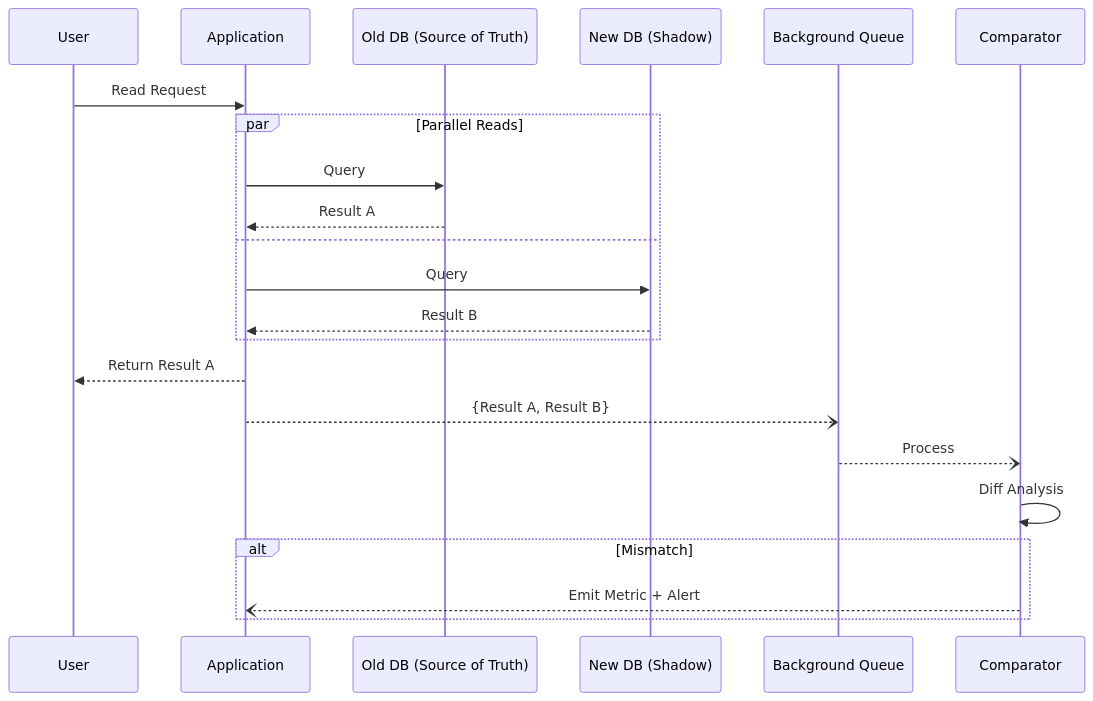
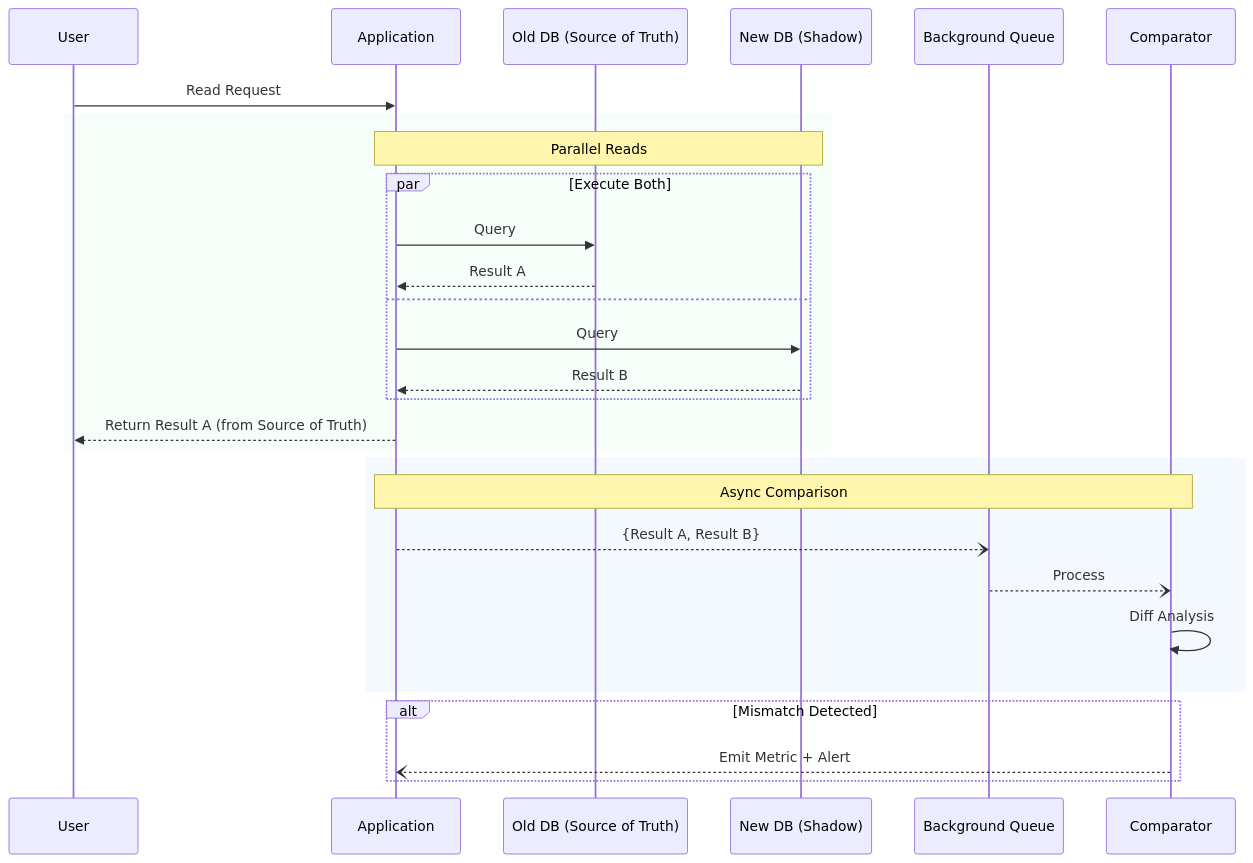
The third of 5 diagrams in gemini-responses/dual-write-dual-read-pattern-20260120-0919.md (udaytamma/Cyrus), drawn with Mermaid before and after one commit. The commit also changed other lines of this file and 28 other files, not shown here.

First line of the commit message:
Upgrade Knowledge Base Mermaid diagrams to professional styling

````diff
--- a/gemini-responses/dual-write-dual-read-pattern-20260120-0919.md
+++ b/gemini-responses/dual-write-dual-read-pattern-20260120-0919.md
@@ -222,27 +244,34 @@
 ```mermaid
 sequenceDiagram
     participant User
     participant App as Application
     participant Old as Old DB (Source of Truth)
     participant New as New DB (Shadow)
     participant Queue as Background Queue
     participant Comp as Comparator
 
     User->>App: Read Request
-    par Parallel Reads
-        App->>Old: Query
-        Old-->>App: Result A
-    and
-        App->>New: Query
-        New-->>App: Result B
+
+    rect rgba(220,252,231,0.3)
+        Note over App,New: Parallel Reads
+        par Execute Both
+            App->>Old: Query
+            Old-->>App: Result A
+        and
+            App->>New: Query
+            New-->>App: Result B
+        end
+        App-->>User: Return Result A (from Source of Truth)
     end
-    App-->>User: Return Result A
 
-    App--)Queue: {Result A, Result B}
-    Queue--)Comp: Process
-    Comp->>Comp: Diff Analysis
+    rect rgba(219,234,254,0.3)
+        Note over App,Comp: Async Comparison
+        App--)Queue: {Result A, Result B}
+        Queue--)Comp: Process
+        Comp->>Comp: Diff Analysis
+    end
 
-    alt Mismatch
+    alt Mismatch Detected
         Comp--)App: Emit Metric + Alert
     end
 ```
````
